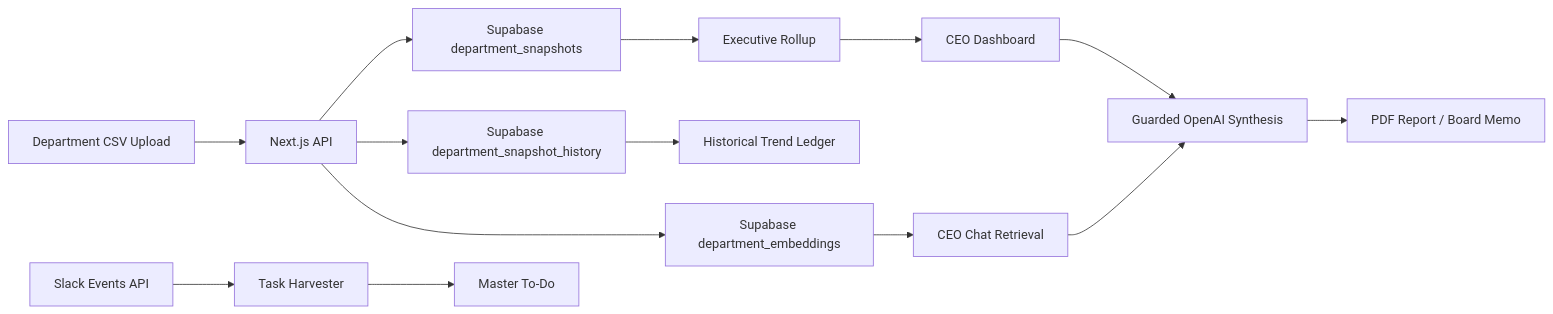
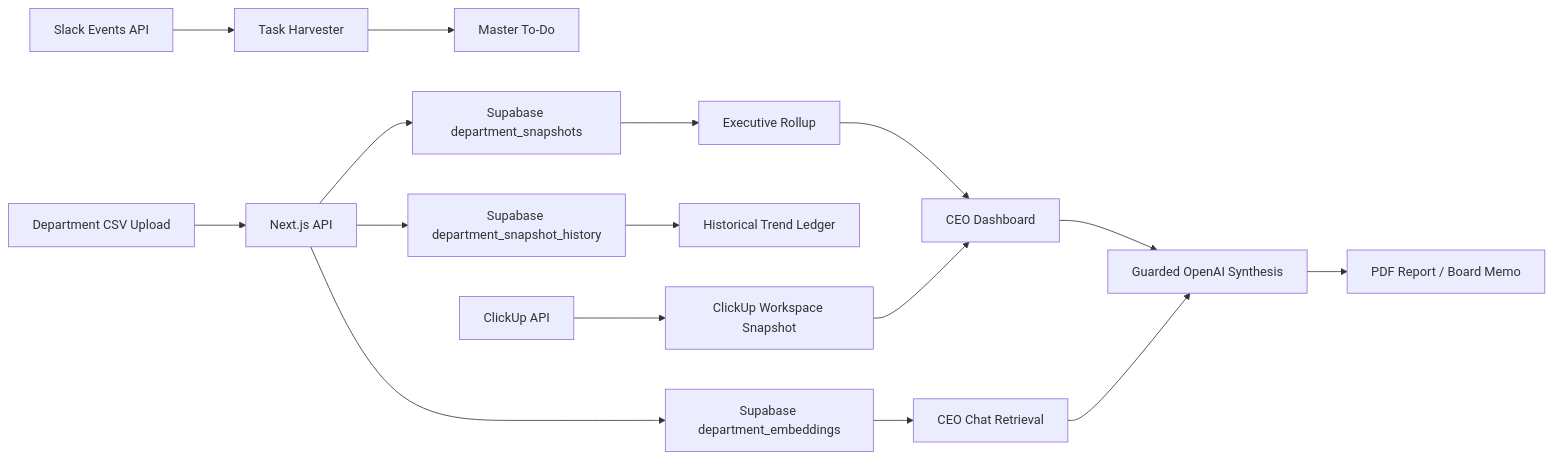
One commit to suhasbhairav/ai-chief-of-staff changed the diagram in README.md. Above: the diagram before and after it, drawn with Mermaid. The commit also changed other lines of this file and 12 other files, not shown here.

````diff
--- a/README.md
+++ b/README.md
@@ -275,16 +290,18 @@
 ```mermaid
 flowchart LR
   A[Department CSV Upload] --> B[Next.js API]
   B --> C[Supabase department_snapshots]
   B --> D[Supabase department_snapshot_history]
   B --> M[Supabase department_embeddings]
   C --> E[Executive Rollup]
   D --> F[Historical Trend Ledger]
   M --> N[CEO Chat Retrieval]
   E --> G[CEO Dashboard]
   G --> H[Guarded OpenAI Synthesis]
   N --> H
   H --> I[PDF Report / Board Memo]
   J[Slack Events API] --> K[Task Harvester]
   K --> L[Master To-Do]
+  O[ClickUp API] --> P[ClickUp Workspace Snapshot]
+  P --> G
 ```
````
